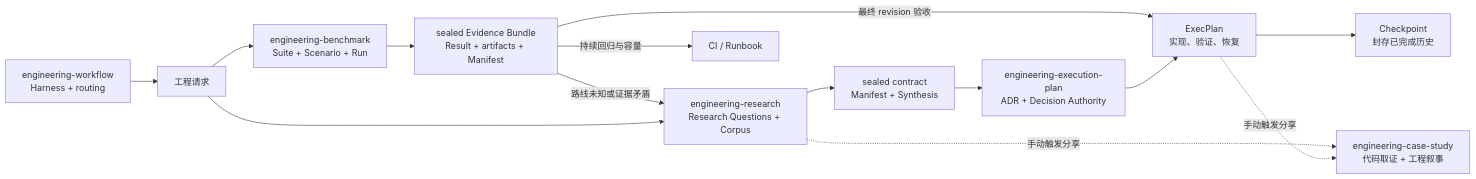
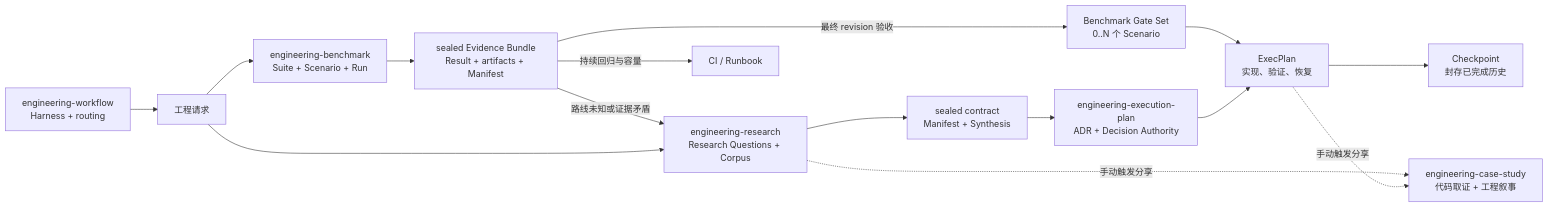
The first of 5 diagrams in README.md (XiaoWeiKIN/RepoFoundryAI), drawn with Mermaid before and after one commit. The commit also changed other lines of this file and 19 other files, not shown here.

Commit message:
feat: gate execplans on benchmark scenarios

````diff
--- a/README.md
+++ b/README.md
@@ -19,16 +19,17 @@
 ```mermaid
 flowchart LR
     W["engineering-workflow<br/>Harness + routing"] --> U["工程请求"]
     U --> B["engineering-benchmark<br/>Suite + Scenario + Run"]
     B --> M0["sealed Evidence Bundle<br/>Result + artifacts + Manifest"]
     M0 -->|"路线未知或证据矛盾"| R["engineering-research<br/>Research Questions + Corpus"]
-    M0 -->|"最终 revision 验收"| E
+    M0 -->|"最终 revision 验收"| G["Benchmark Gate Set<br/>0..N 个 Scenario"]
+    G --> E
     M0 -->|"持续回归与容量"| O["CI / Runbook"]
     U --> R
     R --> M["sealed contract<br/>Manifest + Synthesis"]
     M --> A["engineering-execution-plan<br/>ADR + Decision Authority"]
     A --> E["ExecPlan<br/>实现、验证、恢复"]
     E --> C["Checkpoint<br/>封存已完成历史"]
     R -. "手动触发分享" .-> S["engineering-case-study<br/>代码取证 + 工程叙事"]
     E -. "手动触发分享" .-> S
 ```
````
